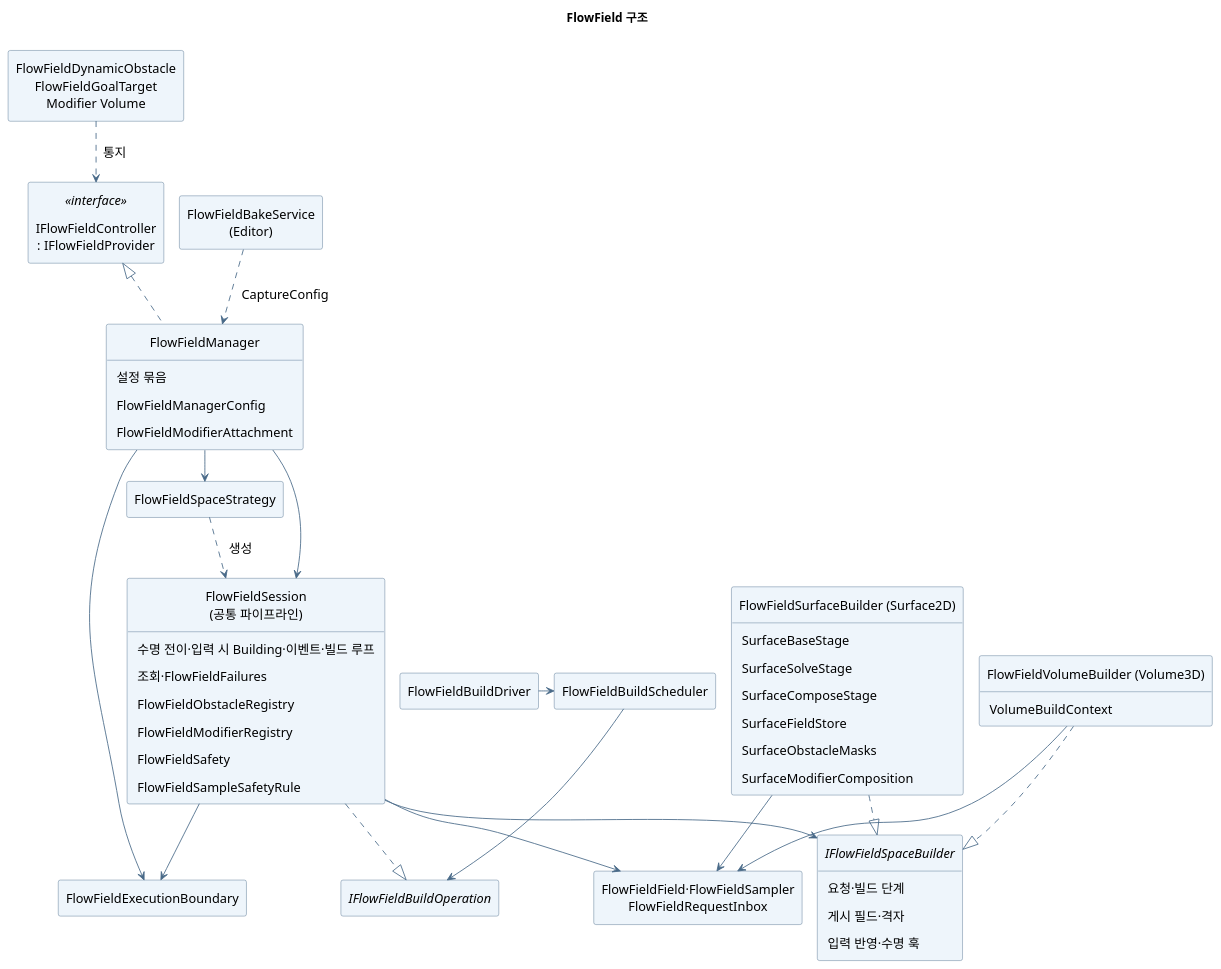
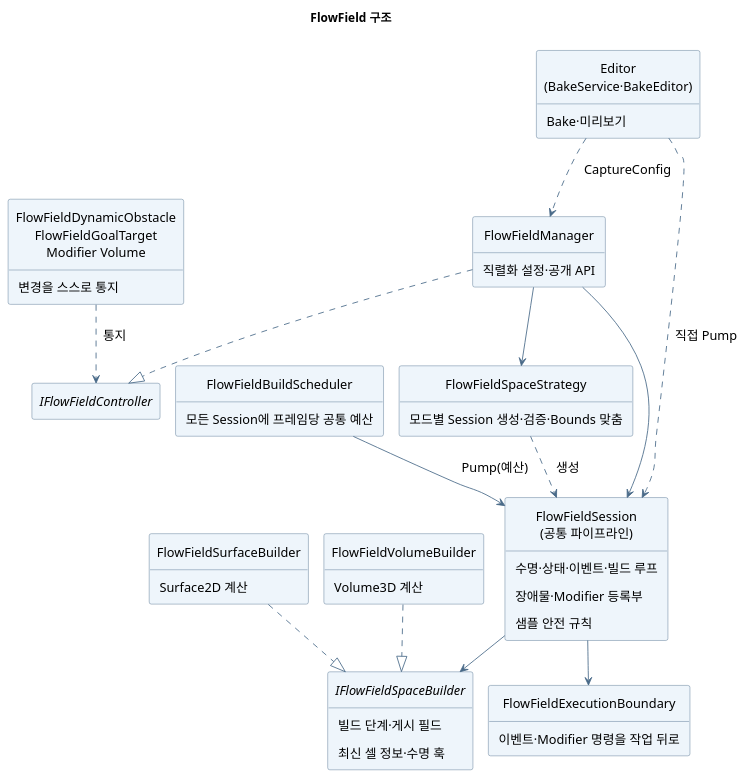
One commit to youwonsock/tool-unity-editor changed the diagram in ToyProject/Assets/_FlowField/Docs/flowfield-structure.puml. Above: the diagram before and after it, drawn with PlantUML. The commit also changed 15 other files, not shown here.

First line of the commit message:
문서 다이어그램을 필요한 내용만 담은 PlantUML로 다시 그림

```diff
--- a/ToyProject/Assets/_FlowField/Docs/flowfield-structure.puml
+++ b/ToyProject/Assets/_FlowField/Docs/flowfield-structure.puml
@@ -1,70 +1,61 @@
 @startuml flowfield-structure
 !pragma layout smetana
 skinparam shadowing false
 skinparam defaultFontName "Apple SD Gothic Neo"
 skinparam defaultFontSize 15
 skinparam ArrowColor #496A88
 skinparam Padding 6
 skinparam classBackgroundColor #EEF5FB
 skinparam classBorderColor #496A88
 hide empty members
 hide circle
 title FlowField 구조
 
-class "IFlowFieldController\n: IFlowFieldProvider" as API <<interface>>
+class "FlowFieldDynamicObstacle\nFlowFieldGoalTarget\nModifier Volume" as Components {
+  변경을 스스로 통지
+}
+interface "IFlowFieldController" as API
 class FlowFieldManager {
-  설정 묶음
-  FlowFieldManagerConfig
-  FlowFieldModifierAttachment
+  직렬화 설정·공개 API
 }
-class FlowFieldExecutionBoundary
-class FlowFieldBuildDriver
-class FlowFieldBuildScheduler
-interface IFlowFieldBuildOperation
-class FlowFieldSpaceStrategy
+class FlowFieldSpaceStrategy {
+  모드별 Session 생성·검증·Bounds 맞춤
+}
 class "FlowFieldSession\n(공통 파이프라인)" as Session {
-  수명 전이·입력 시 Building·이벤트·빌드 루프
-  조회·FlowFieldFailures
-  FlowFieldObstacleRegistry
-  FlowFieldModifierRegistry
-  FlowFieldSafety
-  FlowFieldSampleSafetyRule
+  수명·상태·이벤트·빌드 루프
+  장애물·Modifier 등록부
+  샘플 안전 규칙
 }
 interface IFlowFieldSpaceBuilder {
-  요청·빌드 단계
-  게시 필드·격자
-  입력 반영·수명 훅
+  빌드 단계·게시 필드
+  최신 셀 정보·수명 훅
 }
-class "FlowFieldSurfaceBuilder (Surface2D)" as Surface {
-  SurfaceBaseStage
-  SurfaceSolveStage
-  SurfaceComposeStage
-  SurfaceFieldStore
-  SurfaceObstacleMasks
-  SurfaceModifierComposition
+class FlowFieldSurfaceBuilder {
+  Surface2D 계산
 }
-class "FlowFieldVolumeBuilder (Volume3D)" as Volume {
-  VolumeBuildContext
+class FlowFieldVolumeBuilder {
+  Volume3D 계산
 }
-class "FlowFieldField·FlowFieldSampler\nFlowFieldRequestInbox" as Shared
-class "FlowFieldBakeService\n(Editor)" as BakeService
-class "FlowFieldDynamicObstacle\nFlowFieldGoalTarget\nModifier Volume" as Components
+class FlowFieldBuildScheduler {
+  모든 Session에 프레임당 공통 예산
+}
+class FlowFieldExecutionBoundary {
+  이벤트·Modifier 명령을 작업 뒤로
+}
+class "Editor\n(BakeService·BakeEditor)" as Editor {
+  Bake·미리보기
+}
 
-FlowFieldManager .up.|> API
-FlowFieldManager --> Session
+Components ..> API : 통지
+FlowFieldManager ..|> API
 FlowFieldManager --> FlowFieldSpaceStrategy
 FlowFieldSpaceStrategy ..> Session : 생성
-BakeService ..> FlowFieldManager : CaptureConfig
-FlowFieldManager --> FlowFieldExecutionBoundary
-Components ..> API : 통지
+FlowFieldManager --> Session
 Session --> IFlowFieldSpaceBuilder
-Surface ..|> IFlowFieldSpaceBuilder
-Volume ..|> IFlowFieldSpaceBuilder
-Surface --> Shared
-Volume --> Shared
+FlowFieldSurfaceBuilder ..|> IFlowFieldSpaceBuilder
+FlowFieldVolumeBuilder ..|> IFlowFieldSpaceBuilder
+FlowFieldBuildScheduler --> Session : Pump(예산)
 Session --> FlowFieldExecutionBoundary
-Session --> Shared
-Session ..|> IFlowFieldBuildOperation
-FlowFieldBuildScheduler --> IFlowFieldBuildOperation
-FlowFieldBuildDriver -right-> FlowFieldBuildScheduler
+Editor ..> FlowFieldManager : CaptureConfig
+Editor ..> Session : 직접 Pump
 @enduml
```
